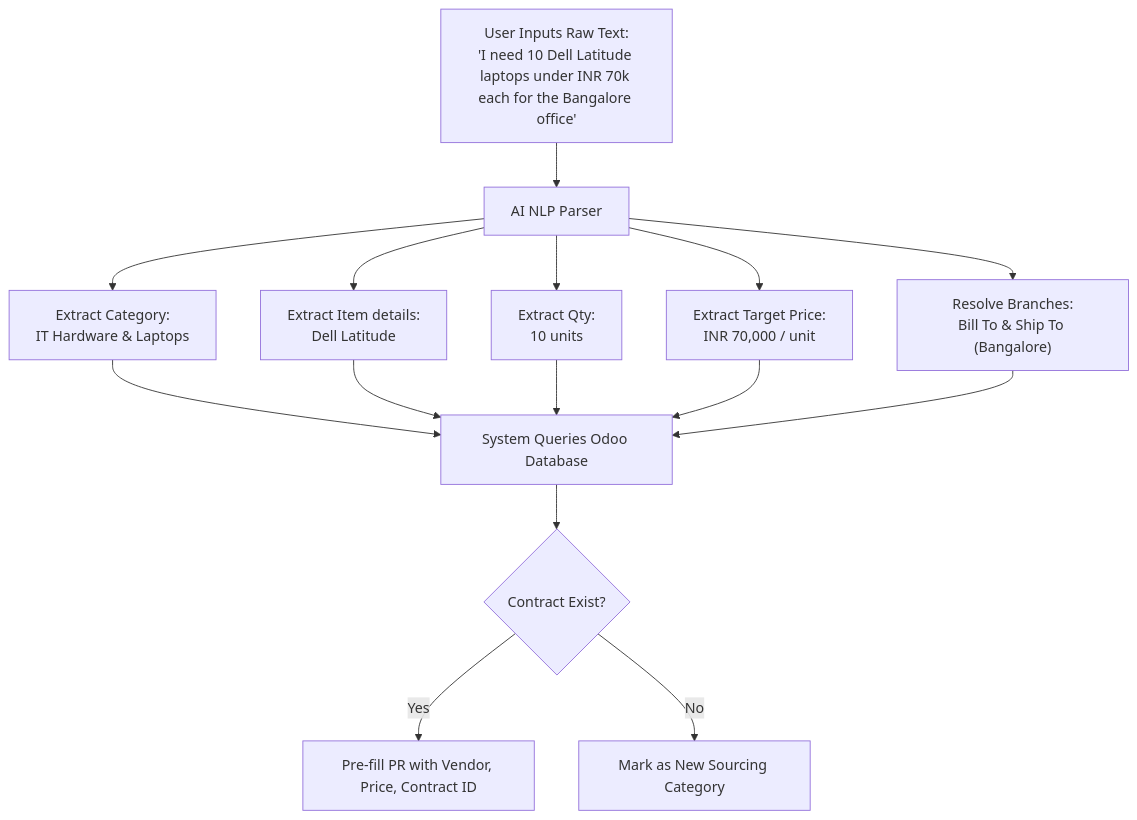
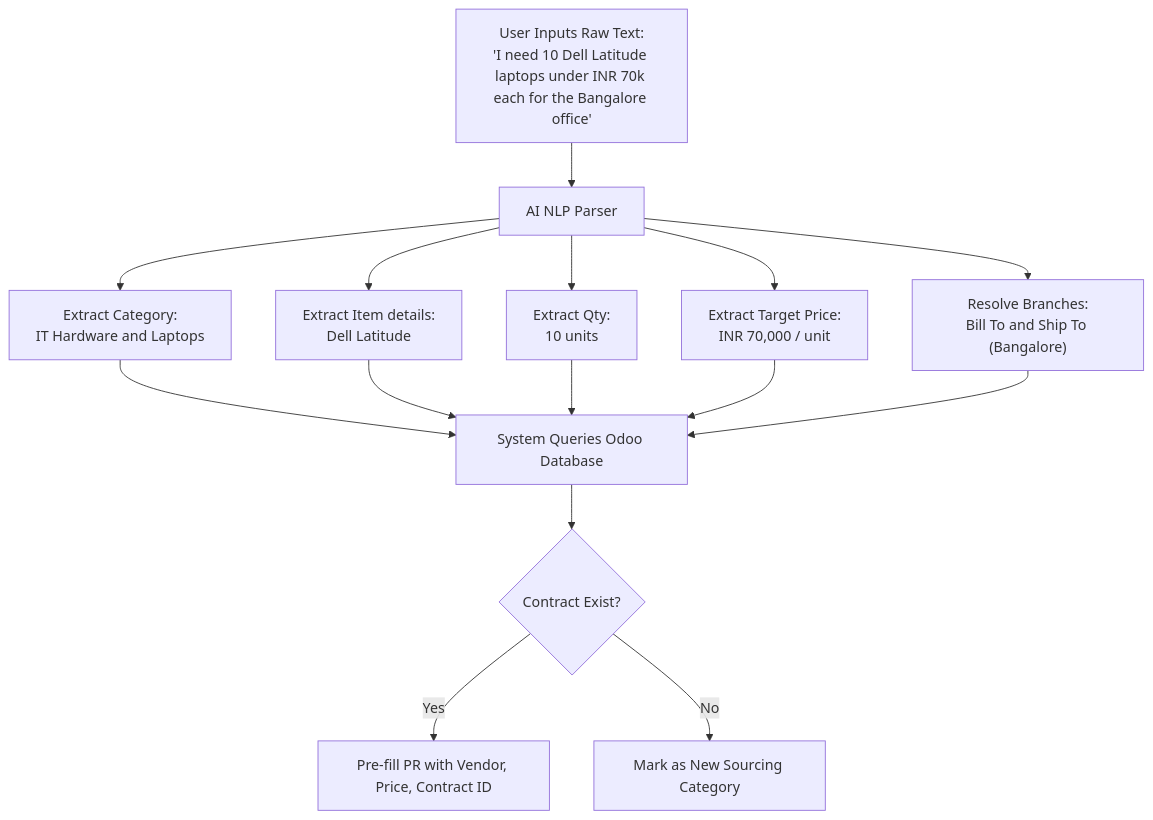
Before and after one commit to Anjitha-IdeenTech/Spendwise_prod: the second of 5 diagrams in smartspend_workflow_guide.md, drawn with Mermaid. The commit also changed other lines of this file and 2 other files, not shown here.

Commit message:
fix: replace all remaining & with and in Mermaid diagrams to prevent parser failures

````diff
--- a/smartspend_workflow_guide.md
+++ b/smartspend_workflow_guide.md
@@ -90,18 +90,18 @@
 ```mermaid
 flowchart TD
     UserInput["User Inputs Raw Text:<br/>'I need 10 Dell Latitude laptops under INR 70k each for the Bangalore office'"] --> NLP[AI NLP Parser]
-    NLP --> Category["Extract Category:<br/>IT Hardware & Laptops"]
+    NLP --> Category["Extract Category:<br/>IT Hardware and Laptops"]
     NLP --> Item["Extract Item details:<br/>Dell Latitude"]
     NLP --> Qty["Extract Qty:<br/>10 units"]
     NLP --> Price["Extract Target Price:<br/>INR 70,000 / unit"]
-    NLP --> CostCenter["Resolve Branches:<br/>Bill To &amp; Ship To (Bangalore)"]
+    NLP --> CostCenter["Resolve Branches:<br/>Bill To and Ship To (Bangalore)"]
     
     Category --> AutoMatch[System Queries Odoo Database]
     Item --> AutoMatch
     Qty --> AutoMatch
     Price --> AutoMatch
     CostCenter --> AutoMatch
     AutoMatch --> MatchCheck{Contract Exist?}
     MatchCheck -->|Yes| PreFill[Pre-fill PR with Vendor, Price, Contract ID]
     MatchCheck -->|No| FlagNew[Mark as New Sourcing Category]
 ```
````
